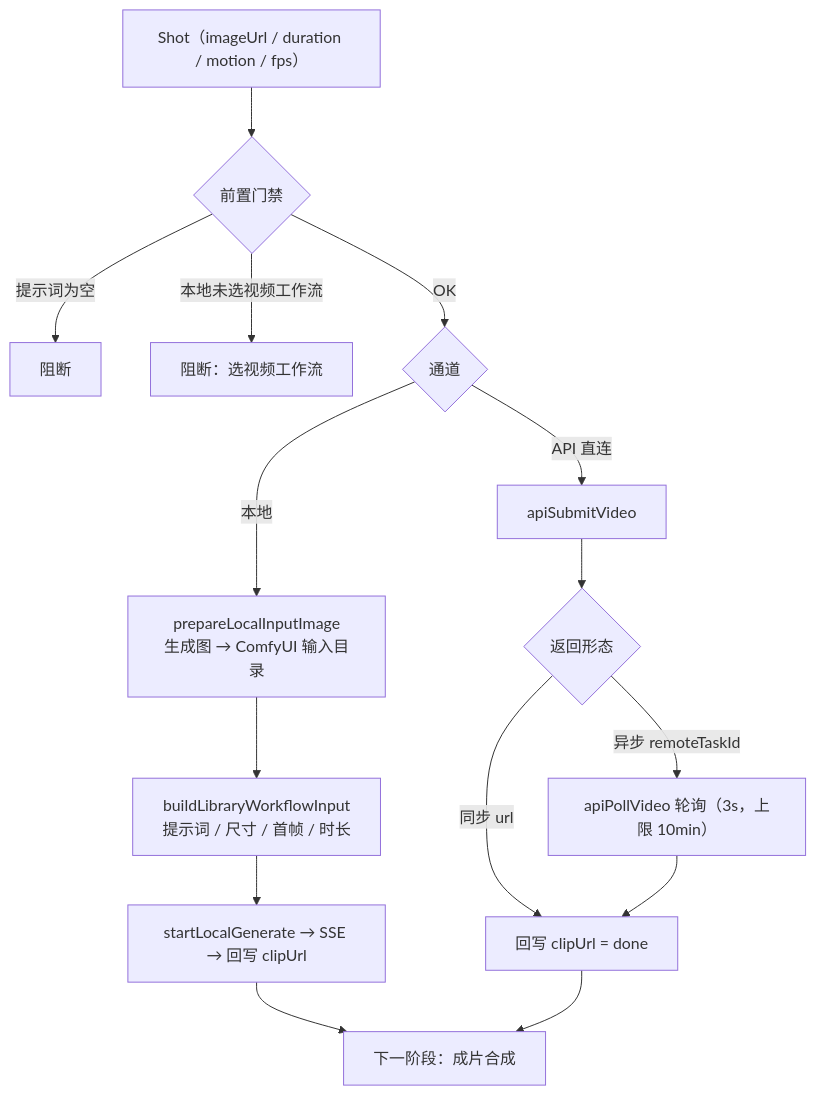
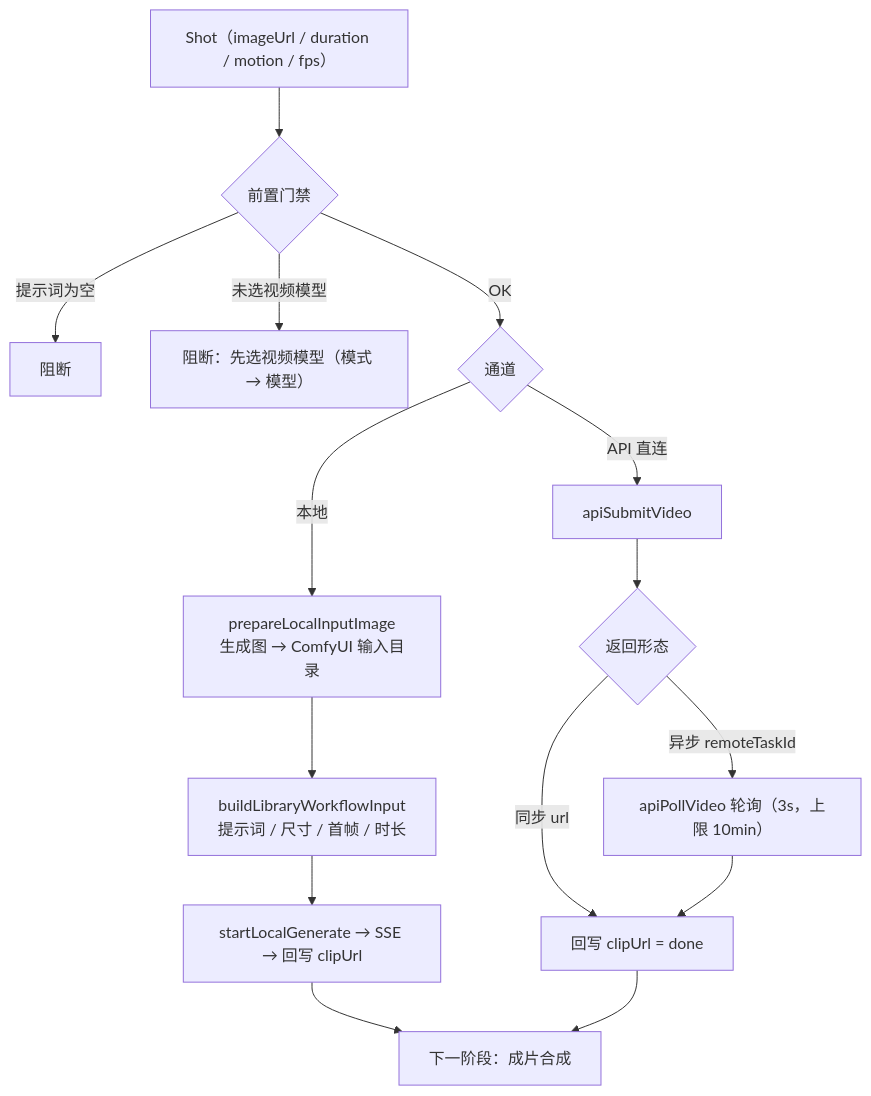
One commit to wuxianyuedu/comfy-app changed the sixth of 9 diagrams in docs/guides/feature-workshop-flow.md. Above: the diagram before and after it, drawn with Mermaid. The commit also changed other lines of this file and 29 other files, not shown here.

````diff
--- a/docs/guides/feature-workshop-flow.md
+++ b/docs/guides/feature-workshop-flow.md
@@ -226,18 +226,18 @@
 ```mermaid
 flowchart TD
   SHOT["Shot（imageUrl / duration / motion / fps）"] --> GUARD{"前置门禁"}
   GUARD -->|提示词为空| E1["阻断"]
-  GUARD -->|本地未选视频工作流| E2["阻断：选视频工作流"]
+  GUARD -->|未选视频模型| E2["阻断：先选视频模型（模式 → 模型）"]
   GUARD -->|OK| CH{"通道"}
 
   CH -->|本地| P0["prepareLocalInputImage<br/>生成图 → ComfyUI 输入目录"]
   P0 --> P1["buildLibraryWorkflowInput<br/>提示词 / 尺寸 / 首帧 / 时长"]
   P1 --> P2["startLocalGenerate → SSE → 回写 clipUrl"]
   CH -->|API 直连| Q1["apiSubmitVideo"]
   Q1 --> Q2{"返回形态"}
   Q2 -->|同步 url| Q4["回写 clipUrl = done"]
   Q2 -->|异步 remoteTaskId| Q3["apiPollVideo 轮询（3s，上限 10min）"]
   Q3 --> Q4
   P2 --> NEXT["下一阶段：成片合成"]
   Q4 --> NEXT
 ```
````
